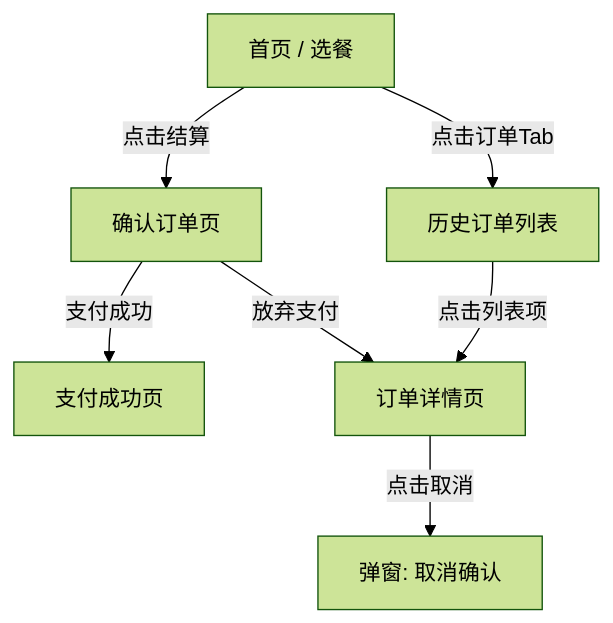
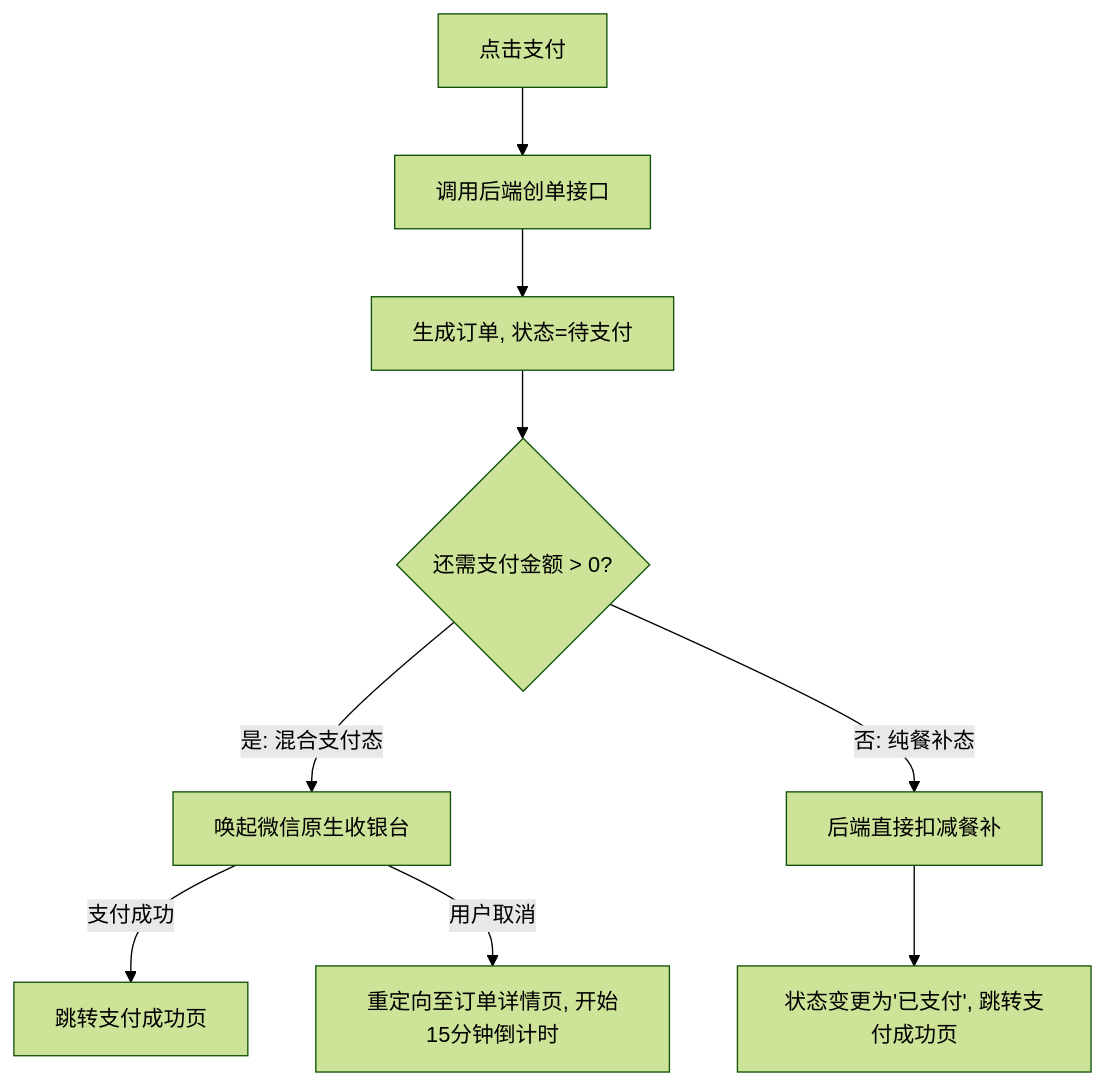
The fourth of 4 diagrams in skills/pm-prd/references/PRD_Example.md (ZerOne0000001/Chat-To-PRD), drawn with Mermaid (forest theme) before and after one commit. The commit also changed other lines of this file and 15 other files, not shown here.

````diff
--- a/skills/pm-prd/references/PRD_Example.md
+++ b/skills/pm-prd/references/PRD_Example.md
@@ -183,9 +254,11 @@
-```mermaid
-graph TD
-    Home[首页 / 选餐] -->|点击结算| Confirm[确认订单页]
-    Confirm -->|支付成功| Success[支付成功页]
-    Confirm -->|放弃支付| Detail[订单详情页-待支付]
-    Home -->|点击订单Tab| OrderList[历史订单列表]
-    OrderList -->|点击列表项| Detail[订单详情页]
-    Detail -->|点击取消| CancelModal[弹窗: 取消确认]
-```
+        ```mermaid
+        graph TD
+            Start[点击支付] --> API[调用后端创单接口]
+            API --> Generate[生成订单, 状态=待支付]
+            Generate --> Check{还需支付金额 > 0?}
+            Check -->|是: 混合支付态| WxPay[唤起微信原生收银台]
+            WxPay -->|支付成功| Success1[跳转支付成功页]
+            WxPay -->|用户取消| Cancel[重定向至订单详情页, 开始15分钟倒计时]
+            Check -->|否: 纯餐补态| Direct[后端直接扣减餐补]
+            Direct --> Success2[状态变更为'已支付', 跳转支付成功页]
+        ```
````
